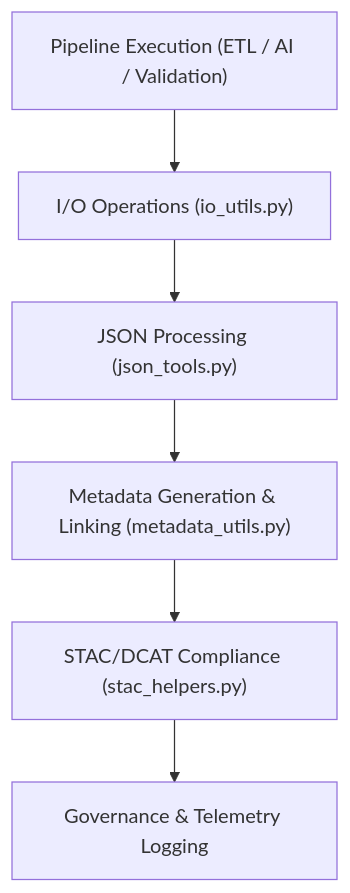
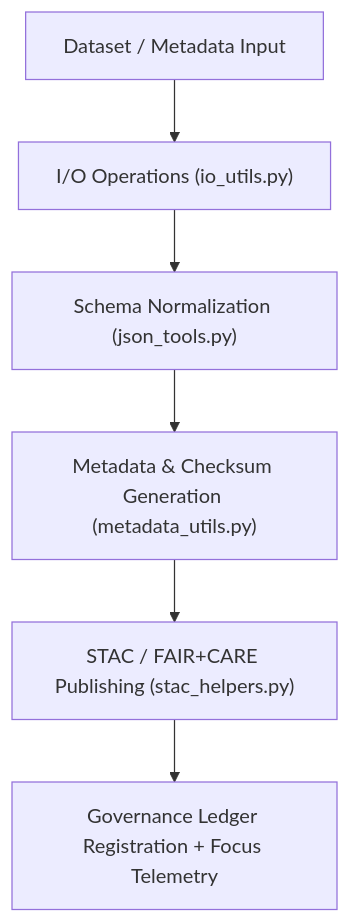
Before and after one commit to bartytime4life/Kansas-Frontier-Matrix: the diagram in src/pipelines/utils/README.md, drawn with Mermaid. The commit also changed other lines of this file, not shown here.

````diff
--- a/src/pipelines/utils/README.md
+++ b/src/pipelines/utils/README.md
@@ -68,8 +67,8 @@
 ```mermaid
 flowchart TD
-    A["Pipeline Execution (ETL / AI / Validation)"] --> B["I/O Operations (io_utils.py)"]
-    B --> C["JSON Processing (json_tools.py)"]
-    C --> D["Metadata Generation & Linking (metadata_utils.py)"]
-    D --> E["STAC/DCAT Compliance (stac_helpers.py)"]
-    E --> F["Governance & Telemetry Logging"]
+    A["Dataset / Metadata Input"] --> B["I/O Operations (io_utils.py)"]
+    B --> C["Schema Normalization (json_tools.py)"]
+    C --> D["Metadata & Checksum Generation (metadata_utils.py)"]
+    D --> E["STAC / FAIR+CARE Publishing (stac_helpers.py)"]
+    E --> F["Governance Ledger Registration + Focus Telemetry"]
 ```
````
